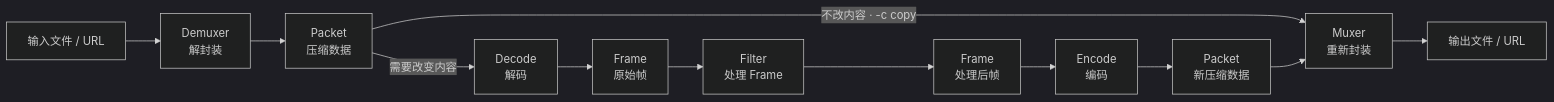
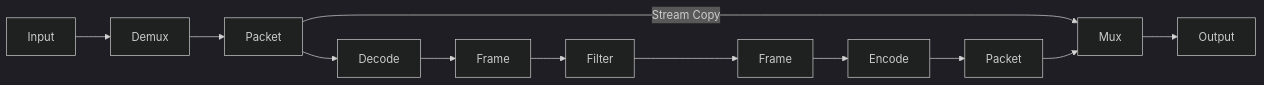
One commit to flycodeu/FlyCodeCenter changed the first of 2 diagrams in src/content/tutorial/ffmpeg/FFmpeg Filters.md. Above: the diagram before and after it, drawn with Mermaid (dark theme). The commit also changed other lines of this file and 5 other files, not shown here.

````diff
--- a/src/content/tutorial/ffmpeg/FFmpeg Filters.md
+++ b/src/content/tutorial/ffmpeg/FFmpeg Filters.md
@@ -31,14 +48,14 @@
 ```mermaid
 flowchart LR
-  I[输入文件 / URL] --> D[Demuxer<br/>解封装]
-  D --> P[Packet<br/>压缩数据]
-  P -->|不改内容 · -c copy| M[Muxer<br/>重新封装]
-  P -->|需要改变内容| DE[Decode<br/>解码]
-  DE --> F[Frame<br/>原始帧]
-  F --> FL[Filter<br/>处理 Frame]
-  FL --> F2[Frame<br/>处理后帧]
-  F2 --> EN[Encode<br/>编码]
-  EN --> P2[Packet<br/>新压缩数据]
-  P2 --> M
-  M --> O[输出文件 / URL]
+  I[Input] --> DM[Demux]
+  DM --> P[Packet]
+  P -->|Stream Copy| MX[Mux]
+  P --> DC[Decode]
+  DC --> F1[Frame]
+  F1 --> FL[Filter]
+  FL --> F2[Frame]
+  F2 --> EN[Encode]
+  EN --> P2[Packet]
+  P2 --> MX
+  MX --> O[Output]
 ```
````
